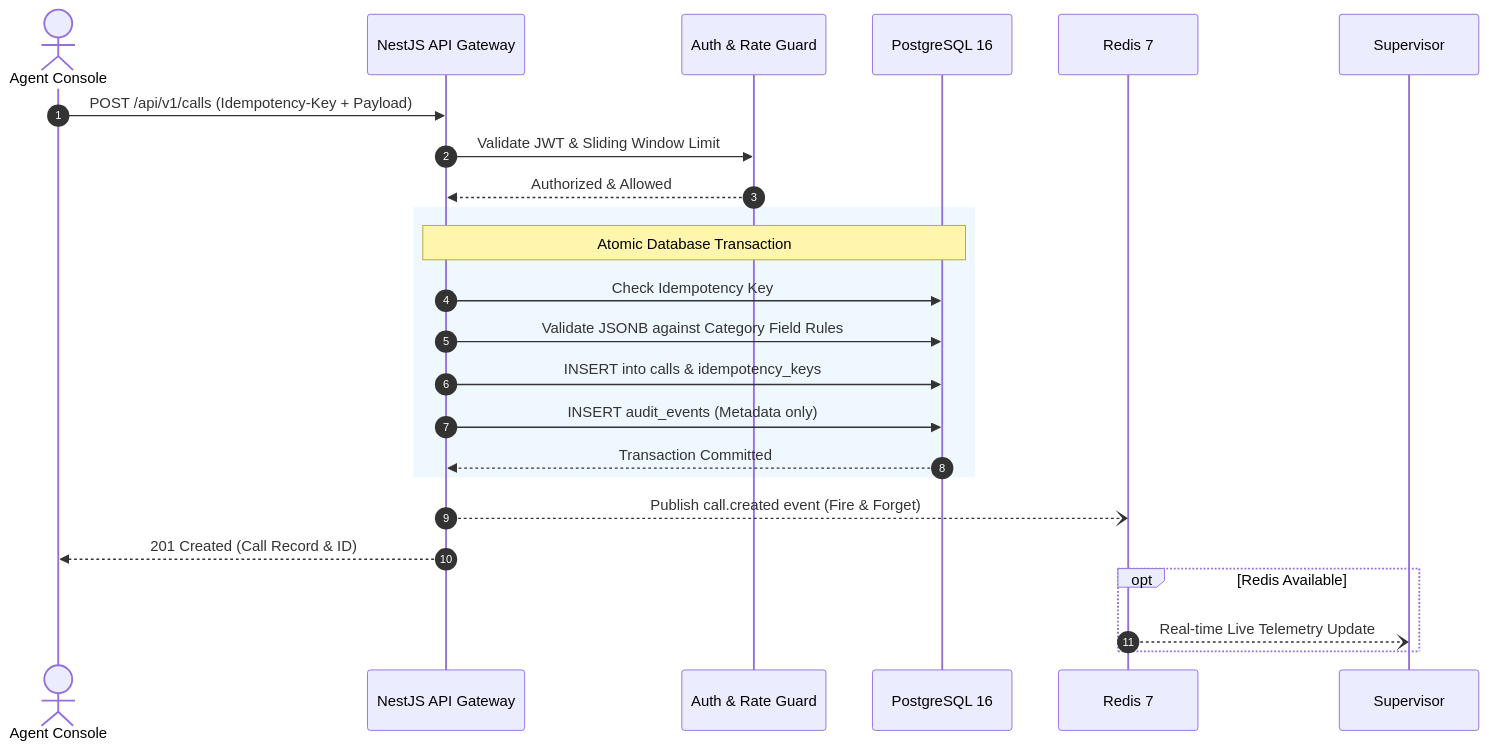
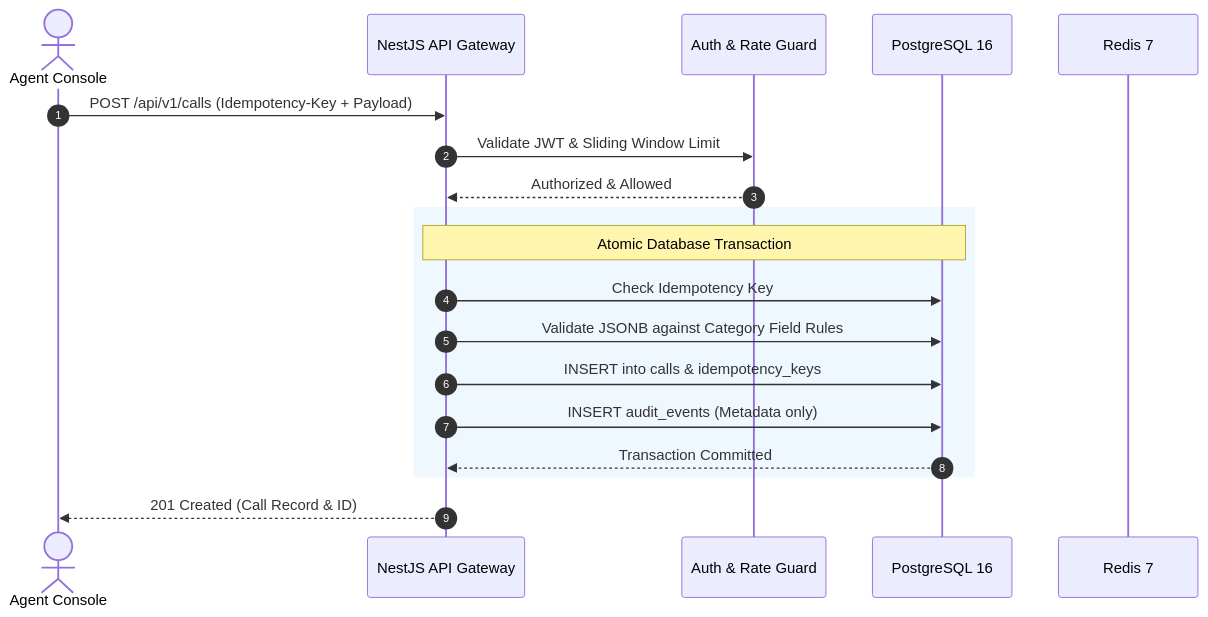
The second of 2 diagrams in README.md (jani358/nexora-callcenter-showcase), drawn with Mermaid before and after one commit. The commit also changed other lines of this file, not shown here.

````diff
--- a/README.md
+++ b/README.md
@@ -137,29 +137,24 @@
 ```mermaid
 sequenceDiagram
     autonumber
     actor Agent as Agent Console
     participant API as NestJS API Gateway
     participant Guard as Auth & Rate Guard
     participant DB as PostgreSQL 16
     participant Cache as Redis 7
 
     Agent->>API: POST /api/v1/calls (Idempotency-Key + Payload)
     API->>Guard: Validate JWT & Sliding Window Limit
     Guard-->>API: Authorized & Allowed
     
     rect rgb(240, 248, 255)
         Note over API,DB: Atomic Database Transaction
         API->>DB: Check Idempotency Key
         API->>DB: Validate JSONB against Category Field Rules
         API->>DB: INSERT into calls & idempotency_keys
         API->>DB: INSERT audit_events (Metadata only)
         DB-->>API: Transaction Committed
     end
 
-    API--)Cache: Publish call.created event (Fire & Forget)
     API-->>Agent: 201 Created (Call Record & ID)
-    
-    opt Redis Available
-        Cache--)Supervisor: Real-time Live Telemetry Update
-    end
 ```
````
